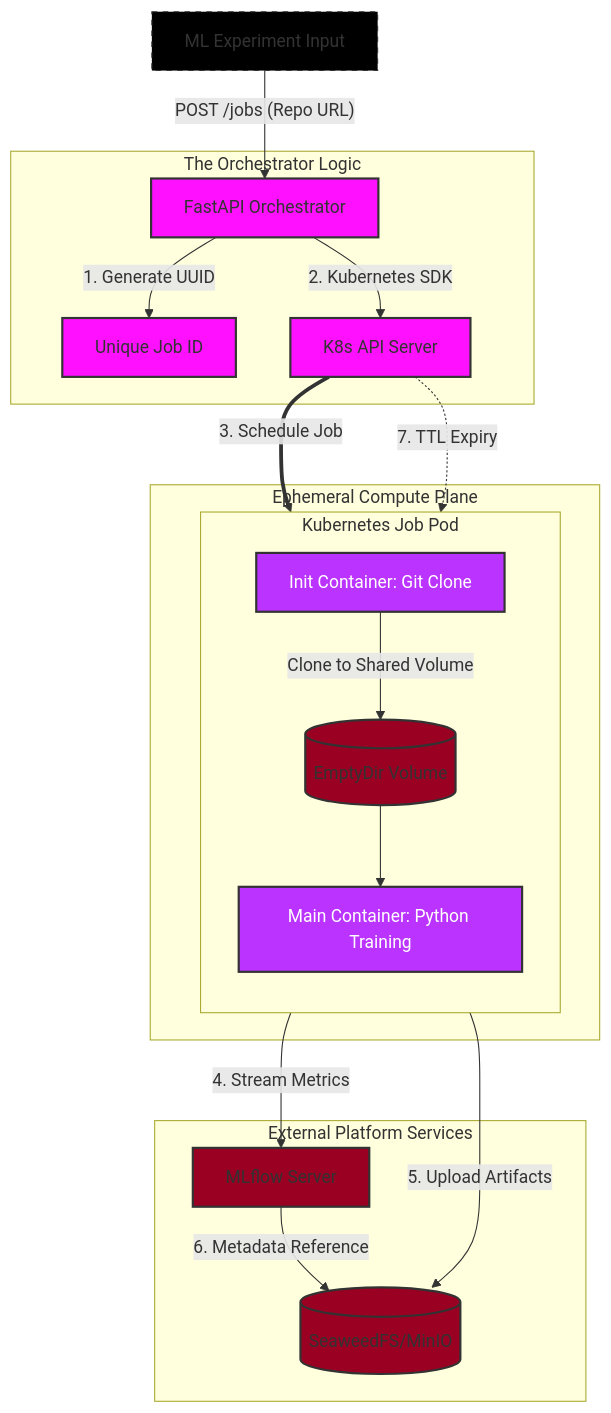
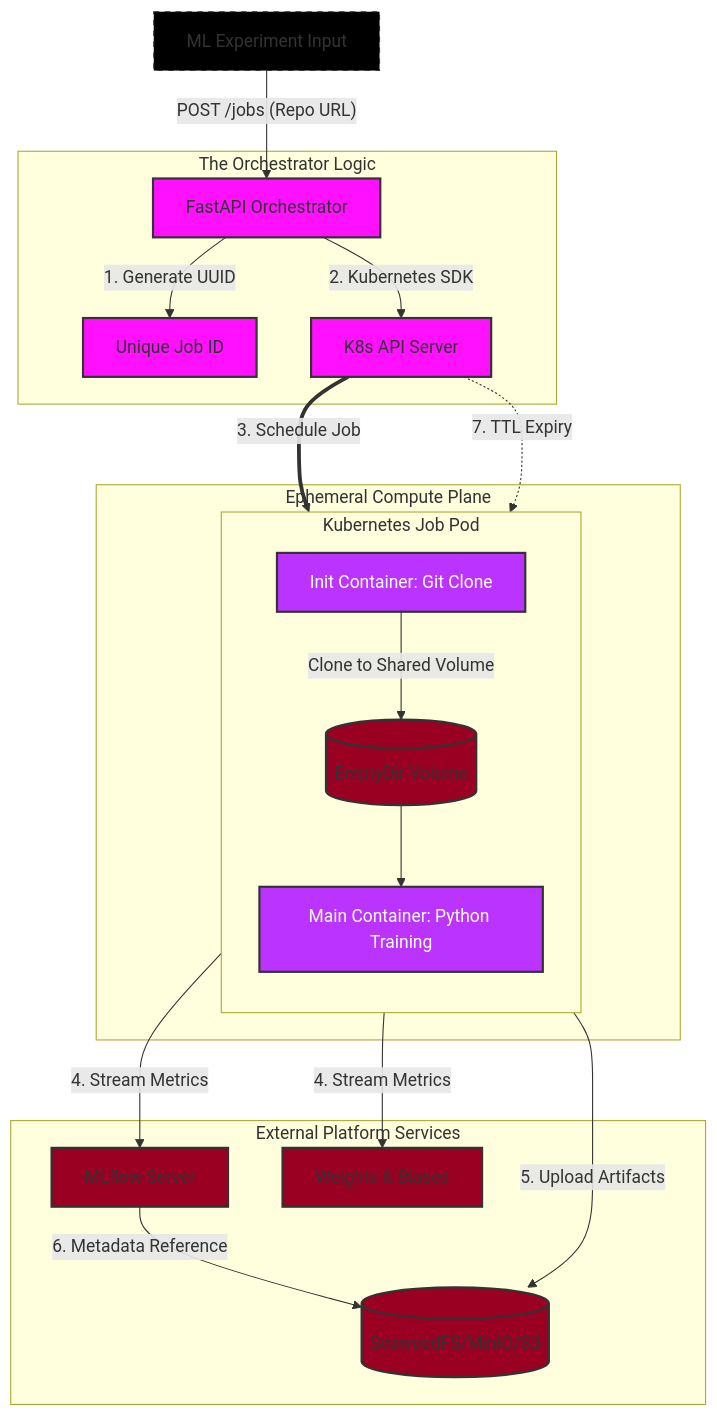
Before and after one commit to o7k7/training-orchestrator: the diagram in README.md, drawn with Mermaid. The commit also changed other lines of this file and 3 other files, not shown here.

````diff
--- a/README.md
+++ b/README.md
@@ -4,44 +9,46 @@
 ```mermaid
 graph TD
     %% Global Styling
     classDef control fill:#f1f,stroke:#333,stroke-width:2px;
     classDef compute fill:#b3f,stroke:#333,stroke-width:2px,color:#fff;
     classDef storage fill:#902,stroke:#333,stroke-width:2px;
     classDef user fill:#000,stroke:#333,stroke-dasharray: 5 5;
 
     %% User Interaction
     User[ML Experiment Input] -- "POST /jobs (Repo URL)" --> API[FastAPI Orchestrator]
 
     subgraph Control_Plane [The Orchestrator Logic]
         API -->|1. Generate UUID| JobID[Unique Job ID]
         API -->|2. Kubernetes SDK| K8sAPI[K8s API Server]
     end
 
     subgraph Kubernetes_Cluster [Ephemeral Compute Plane]
         subgraph Training_Pod [Kubernetes Job Pod]
             direction TB
             Init[Init Container: Git Clone] -->|Clone to Shared Volume| Shared[(EmptyDir Volume)]
             Shared --> Main[Main Container: Python Training]
         end
     end
 
     subgraph Infrastructure_Layer [External Platform Services]
         MLflow[MLflow Server]
-        S3[(SeaweedFS/MinIO)]
+        WandB[Weights & Biases]
+        S3[(SeaweedFS/MinIO/S3)]
     end
 
     %% Execution Flows
     K8sAPI ==>|3. Schedule Job| Training_Pod
     Main -->|4. Stream Metrics| MLflow
+    Main -->|4. Stream Metrics| WandB
     Main -->|5. Upload Artifacts| S3
     MLflow -->|6. Metadata Reference| S3
     
     %% Cleanup Flow
     K8sAPI -.->|7. TTL Expiry| Training_Pod
 
     %% Assign Classes
     class API,JobID,K8sAPI control;
     class Main,Init compute;
-    class MLflow,S3,Shared storage;
+    class MLflow,WandB,S3,Shared storage;
     class User user;
 ```
````
